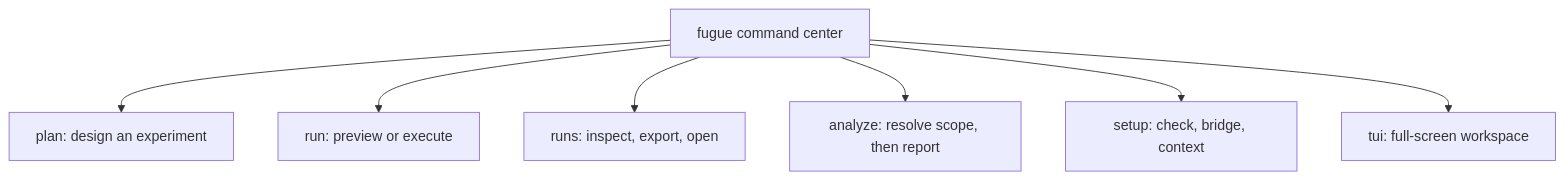
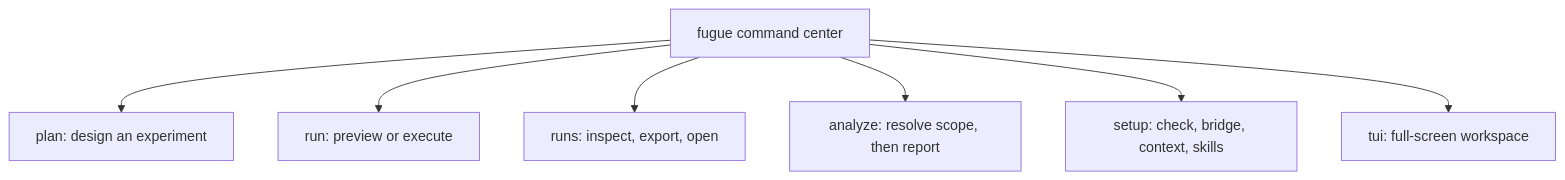
The second of 10 diagrams in README.md (ash0ts/fugue), drawn with Mermaid before and after one commit. The commit also changed other lines of this file and 39 other files, not shown here.

````diff
--- a/README.md
+++ b/README.md
@@ -87,10 +94,10 @@
 ```mermaid
 flowchart TB
     HOME["fugue command center"]
     HOME --> P["plan: design an experiment"]
     HOME --> R["run: preview or execute"]
     HOME --> RS["runs: inspect, export, open"]
     HOME --> A["analyze: resolve scope, then report"]
-    HOME --> S["setup: check, bridge, context"]
+    HOME --> S["setup: check, bridge, context, skills"]
     HOME --> T["tui: full-screen workspace"]
 ```
````
